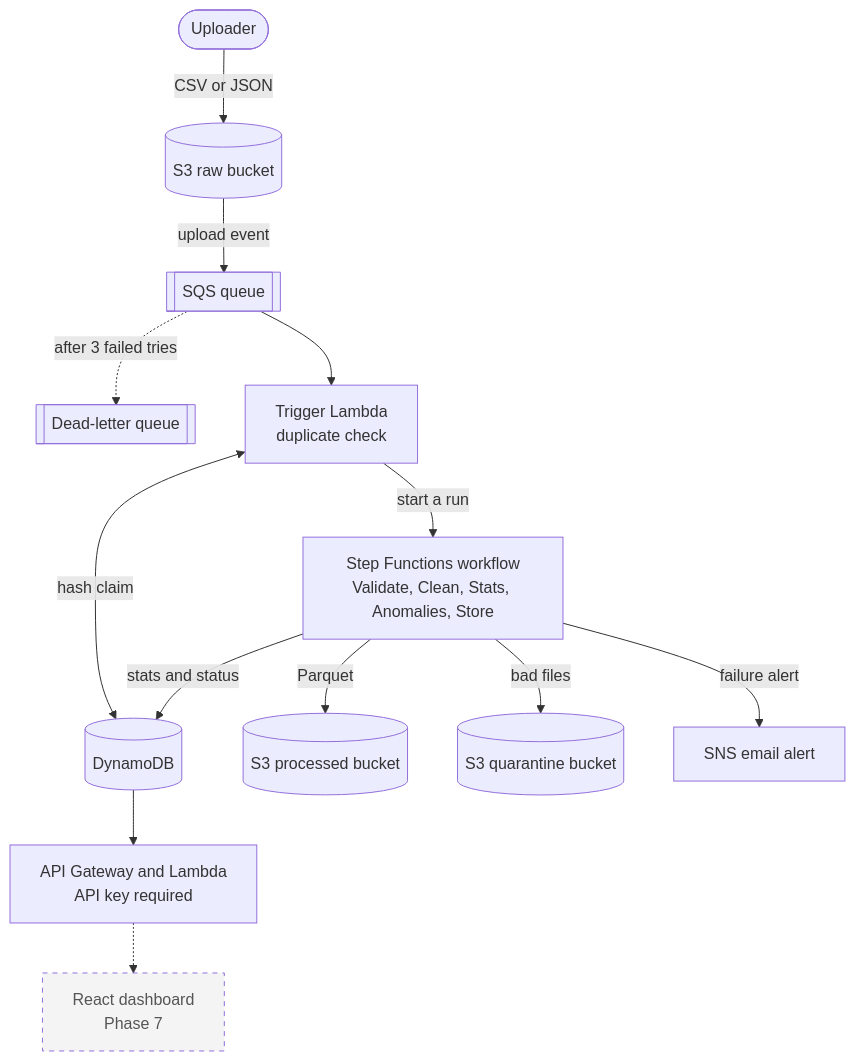
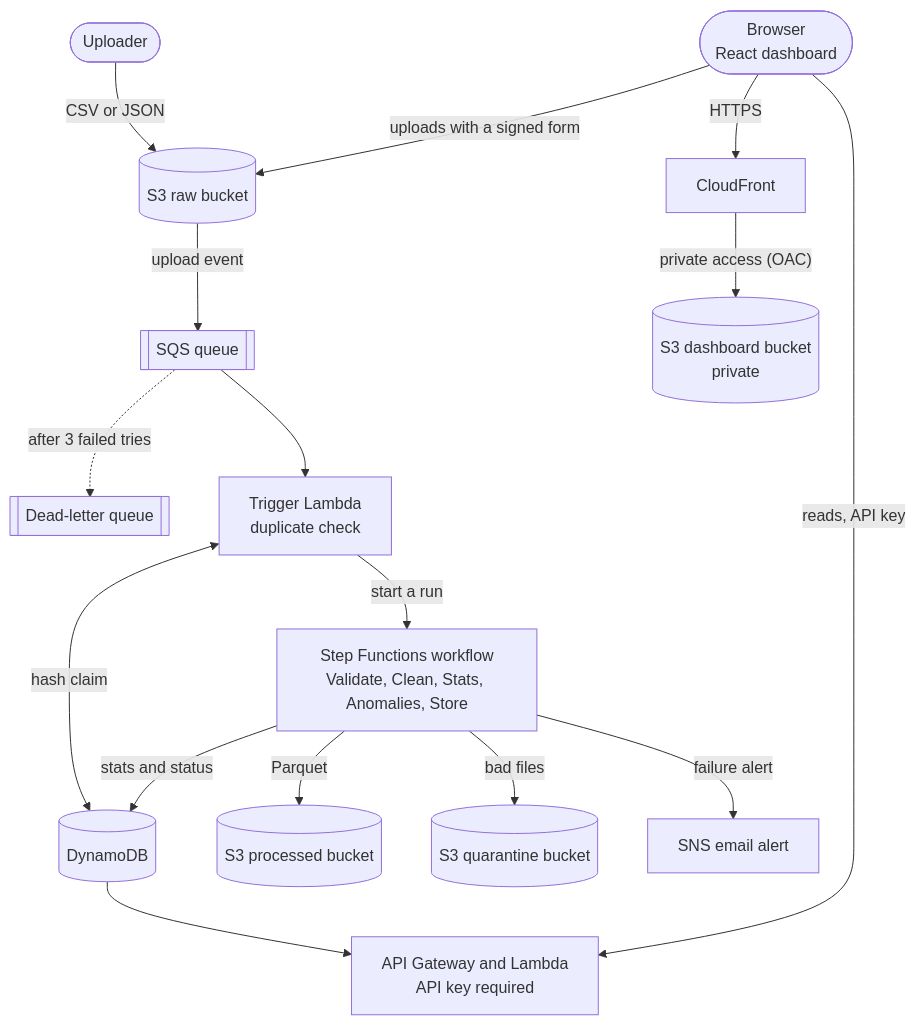
One commit to dhananjaya-hbc/gradeflow-serverless-pipeline changed the first of 4 diagrams in README.md. Above: the diagram before and after it, drawn with Mermaid. The commit also changed other lines of this file, not shown here.

Commit message:
docs: document the dashboard, its hosting and how to deploy it

````diff
--- a/README.md
+++ b/README.md
@@ -10,17 +10,18 @@
 ```mermaid
 flowchart TD
     uploader(["Uploader"]) -->|"CSV or JSON"| raw[("S3 raw bucket")]
     raw -->|"upload event"| queue[["SQS queue"]]
     queue -.->|"after 3 failed tries"| dlq[["Dead-letter queue"]]
     queue --> trigger["Trigger Lambda<br/>duplicate check"]
     trigger -->|"start a run"| workflow["Step Functions workflow<br/>Validate, Clean, Stats, Anomalies, Store"]
     trigger <-->|"hash claim"| ddb[("DynamoDB")]
     workflow -->|"stats and status"| ddb
     workflow -->|"Parquet"| processed[("S3 processed bucket")]
     workflow -->|"bad files"| quarantine[("S3 quarantine bucket")]
     workflow -->|"failure alert"| sns["SNS email alert"]
     ddb --> api["API Gateway and Lambda<br/>API key required"]
-    api -.-> dashboard["React dashboard<br/>Phase 7"]:::planned
-
-    classDef planned stroke-dasharray: 5 5,fill:#f4f4f4,color:#555
+    browser(["Browser<br/>React dashboard"]) -->|"HTTPS"| cdn["CloudFront"]
+    cdn -->|"private access (OAC)"| site[("S3 dashboard bucket<br/>private")]
+    browser -->|"reads, API key"| api
+    browser -->|"uploads with a signed form"| raw
 ```
````
